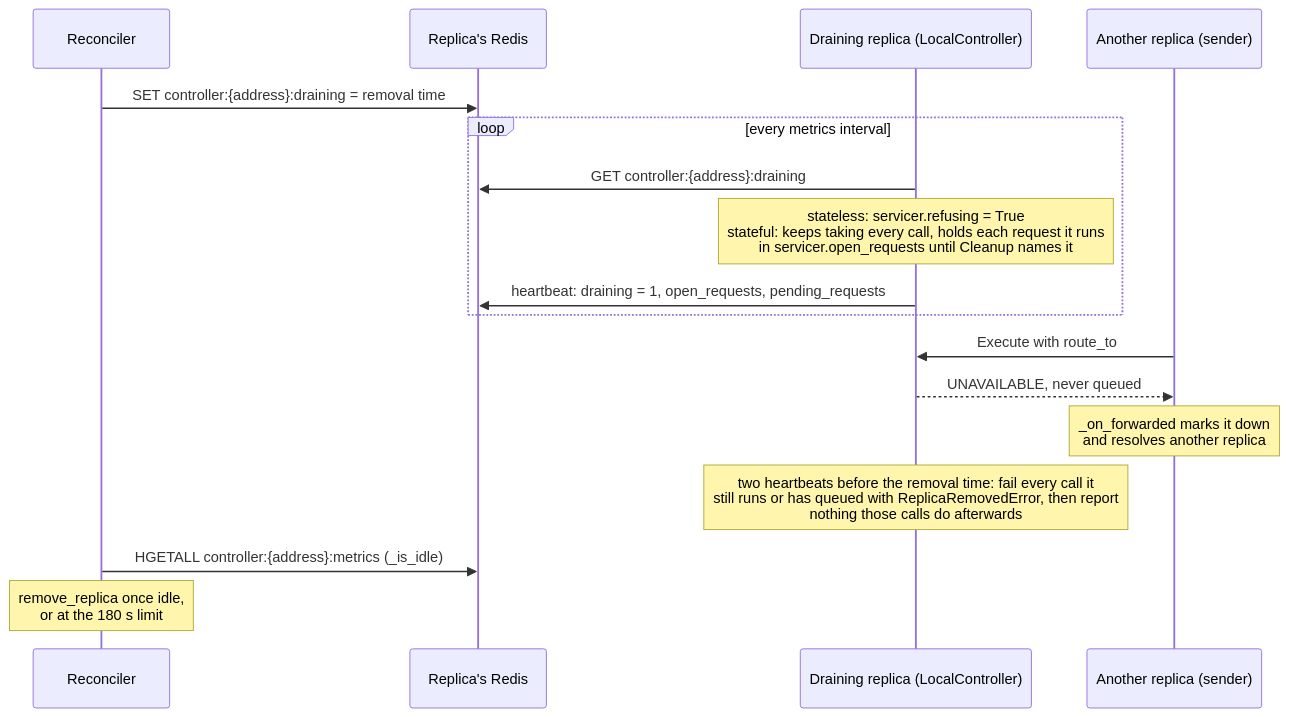
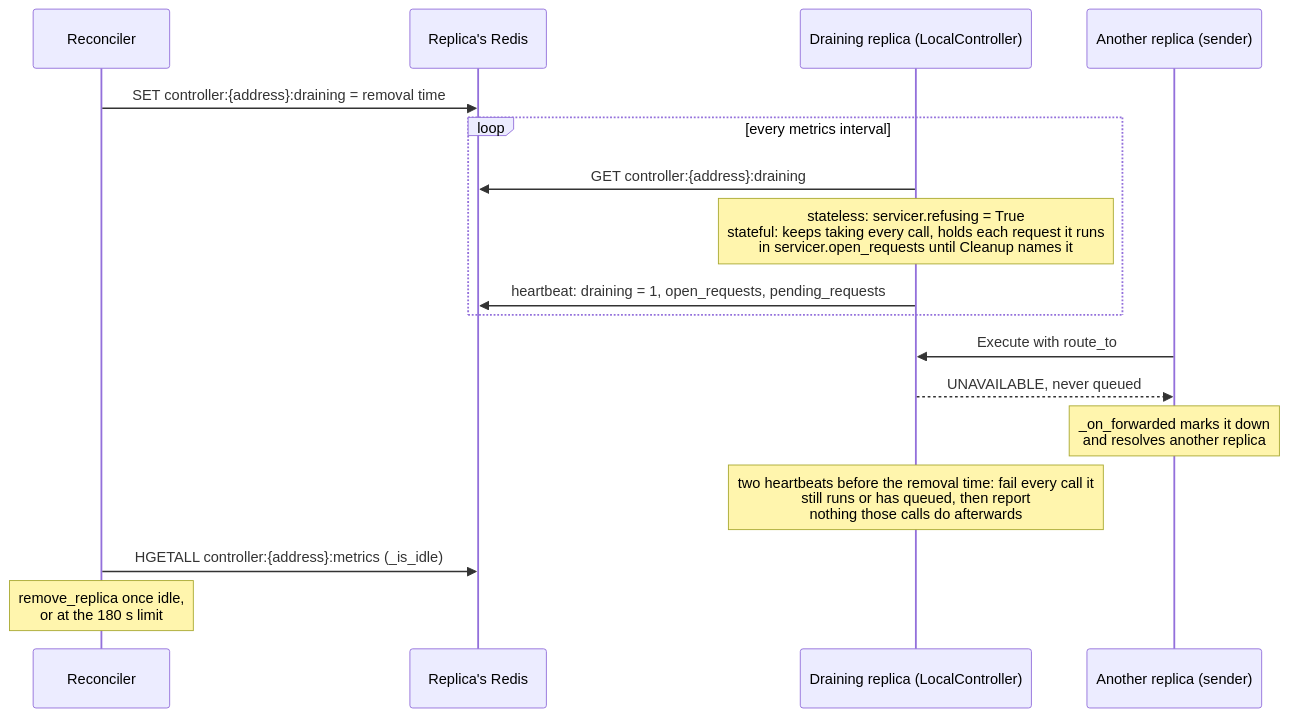
The second of 3 diagrams in docs/architecture/RECONCILER.md (CanyonCodeCoreAI/canyonos), drawn with Mermaid before and after one commit. The commit also changed other lines of this file and 73 other files, not shown here.

````diff
--- a/docs/architecture/RECONCILER.md
+++ b/docs/architecture/RECONCILER.md
@@ -150,20 +150,20 @@
 ```mermaid
 sequenceDiagram
     participant RC as Reconciler
     participant NR as Replica's Redis
     participant D as Draining replica (LocalController)
     participant S as Another replica (sender)
 
     RC->>NR: SET controller:{address}:draining = removal time
     loop every metrics interval
         D->>NR: GET controller:{address}:draining
         Note over D: stateless: servicer.refusing = True<br/>stateful: keeps taking every call, holds each request it runs<br/>in servicer.open_requests until Cleanup names it
         D->>NR: heartbeat: draining = 1, open_requests, pending_requests
     end
     S->>D: Execute with route_to
     D-->>S: UNAVAILABLE, never queued
     Note over S: _on_forwarded marks it down<br/>and resolves another replica
-    Note over D: two heartbeats before the removal time: fail every call it<br/>still runs or has queued with ReplicaRemovedError, then report<br/>nothing those calls do afterwards
+    Note over D: two heartbeats before the removal time: fail every call it<br/>still runs or has queued, then report<br/>nothing those calls do afterwards
     RC->>NR: HGETALL controller:{address}:metrics (_is_idle)
     Note over RC: remove_replica once idle,<br/>or at the 180 s limit
 ```
````
